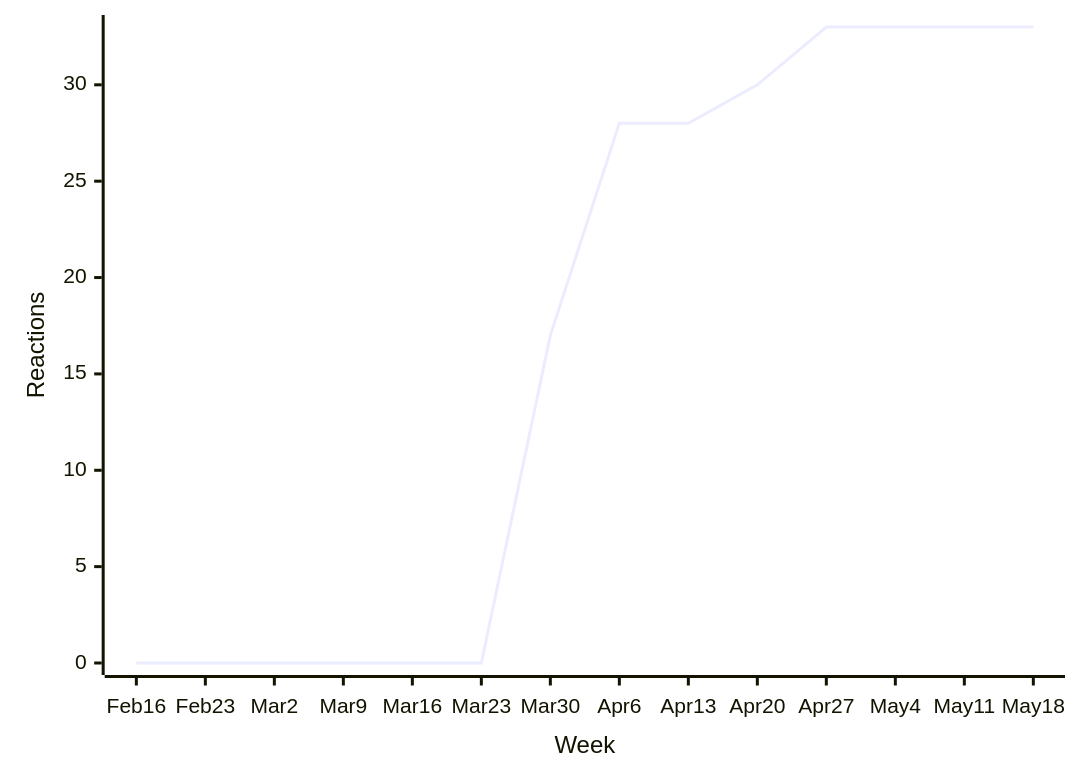
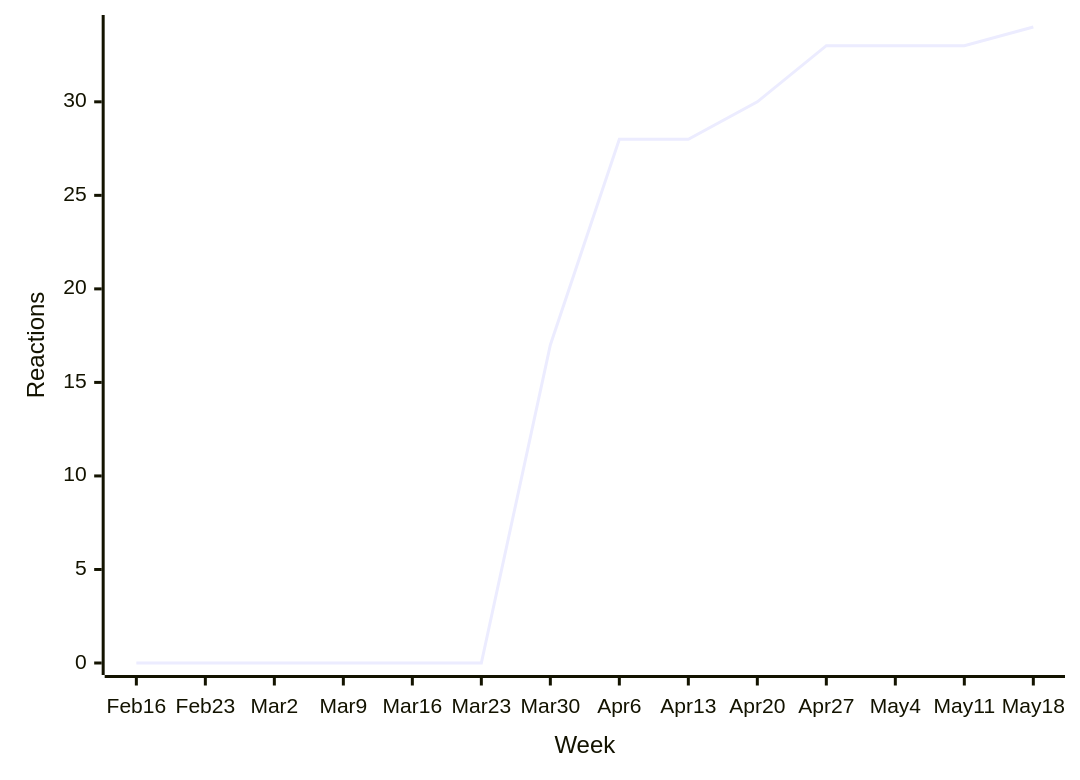
Before and after one commit to loic-sharma/github-insights: the third of 52 diagrams in README.md, drawn with Mermaid. The commit also changed other lines of this file and 1 other file, not shown here.

````diff
--- a/README.md
+++ b/README.md
@@ -373,6 +373,6 @@
   ```mermaid
   xychart-beta
     x-axis "Week" [Feb 16, Feb 23, Mar 2, Mar 9, Mar 16, Mar 23, Mar 30, Apr 6, Apr 13, Apr 20, Apr 27, May 4, May 11, May 18]
     y-axis "Reactions"
-    line [0, 0, 0, 0, 0, 0, 17, 28, 28, 30, 33, 33, 33, 33]
+    line [0, 0, 0, 0, 0, 0, 17, 28, 28, 30, 33, 33, 33, 34]
   ```
````
